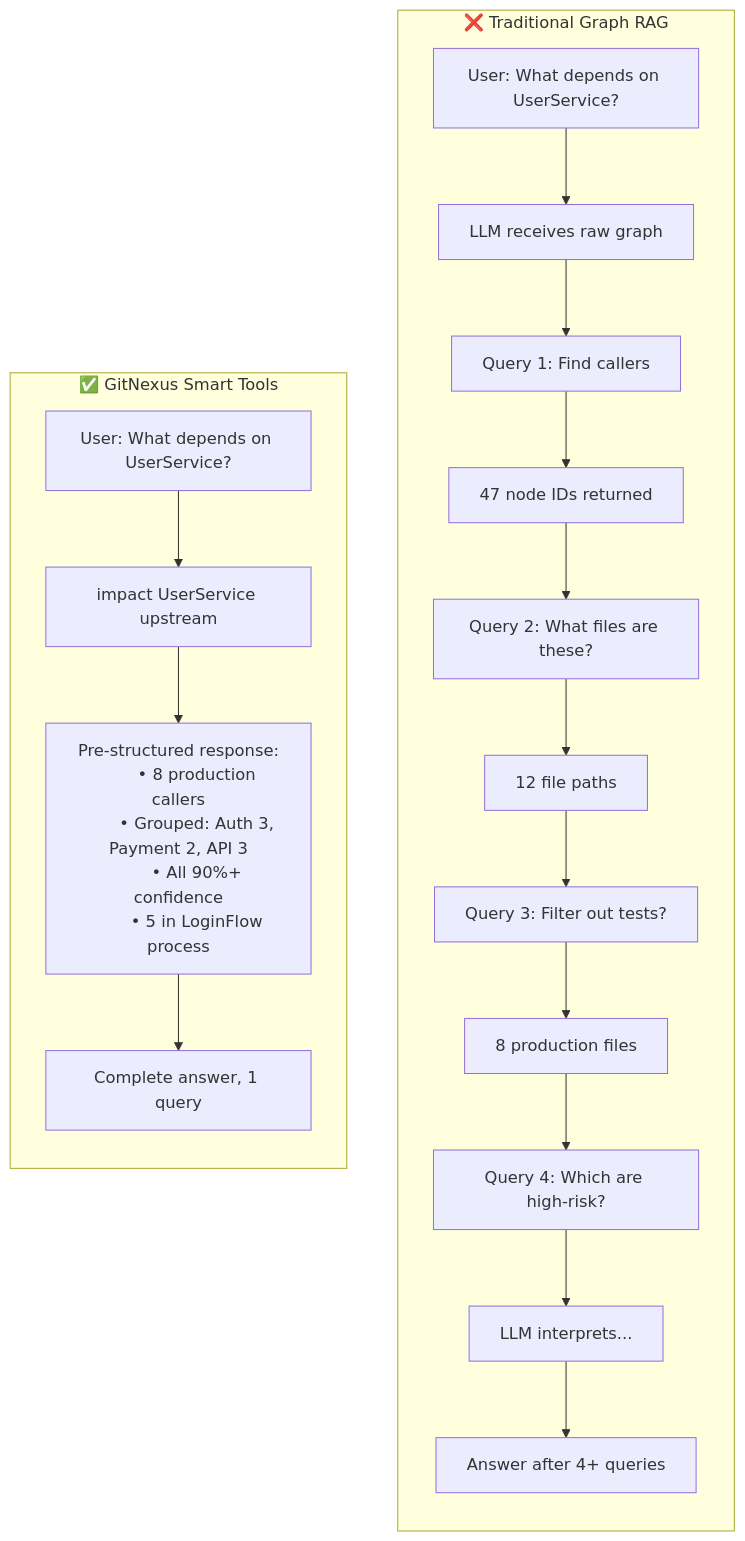
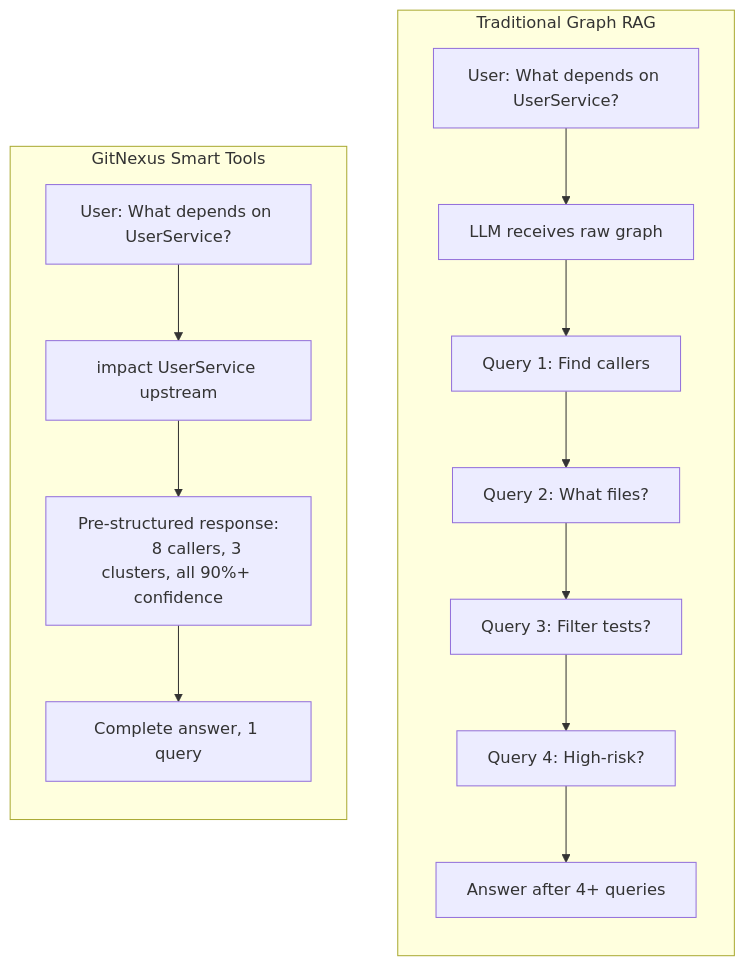
One commit to OliverNyx/NexusAI changed the second of 6 diagrams in README.md. Above: the diagram before and after it, drawn with Mermaid. The commit also changed other lines of this file and 32 other files, not shown here.

````diff
--- a/README.md
+++ b/README.md
@@ -67,29 +229,22 @@
 ```mermaid
 flowchart TB
-    subgraph Traditional["❌ Traditional Graph RAG"]
+    subgraph Traditional["Traditional Graph RAG"]
         direction TB
         U1["User: What depends on UserService?"]
         U1 --> LLM1["LLM receives raw graph"]
         LLM1 --> Q1["Query 1: Find callers"]
-        Q1 --> R1["47 node IDs returned"]
-        R1 --> Q2["Query 2: What files are these?"]
-        Q2 --> R2["12 file paths"]
-        R2 --> Q3["Query 3: Filter out tests?"]
-        Q3 --> R3["8 production files"]
-        R3 --> Q4["Query 4: Which are high-risk?"]
-        Q4 --> THINK["LLM interprets..."]
-        THINK --> OUT1["Answer after 4+ queries"]
+        Q1 --> Q2["Query 2: What files?"]
+        Q2 --> Q3["Query 3: Filter tests?"]
+        Q3 --> Q4["Query 4: High-risk?"]
+        Q4 --> OUT1["Answer after 4+ queries"]
     end
 
-    subgraph GitNexus["✅ GitNexus Smart Tools"]
+    subgraph GN["GitNexus Smart Tools"]
         direction TB
         U2["User: What depends on UserService?"]
         U2 --> TOOL["impact UserService upstream"]
         TOOL --> PRECOMP["Pre-structured response:
-        • 8 production callers
-        • Grouped: Auth 3, Payment 2, API 3
-        • All 90%+ confidence
-        • 5 in LoginFlow process"]
+        8 callers, 3 clusters, all 90%+ confidence"]
         PRECOMP --> OUT2["Complete answer, 1 query"]
     end
 ```
````
